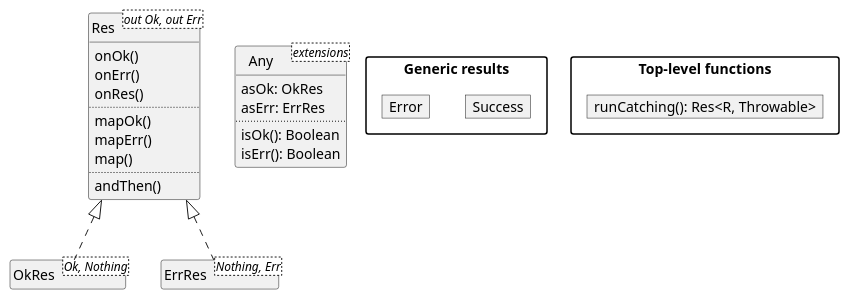
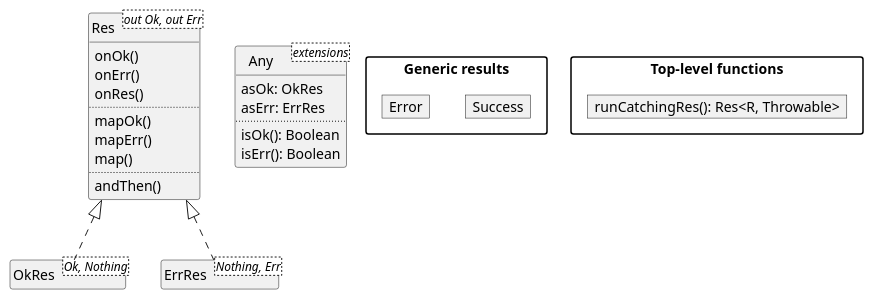
The diagram in documentation/architecture.v1.iuml (sergejsha/okres), drawn with PlantUML before and after one commit.

```diff
--- a/documentation/architecture.v1.iuml
+++ b/documentation/architecture.v1.iuml
@@ -1,41 +1,41 @@
 @startuml
 skinparam packageStyle rectangle
 hide empty members
 hide stereotype
 hide circle
 
 class "Res<out Ok, out Err>" as Res {
     onOk()
     onErr()
     onRes()
     ..
     mapOk()
     mapErr()
     map()
     ..
     andThen()
 }
 class "OkRes<Ok, Nothing>" as OkRes
 class "ErrRes<Nothing, Err>" as ErrRes
 
 Res <|.. OkRes
 Res <|.. ErrRes
 
 class "Any<extensions>" as Any {
     asOk: OkRes
     asErr: ErrRes
     ..
     isOk(): Boolean
     isErr(): Boolean
 }
 
 package "Generic results" {
     object Success
     object Error
 }
 
 package "Top-level functions" {
-    object "runCatching(): Res<R, Throwable>" as runCatching
+    object "runCatchingRes(): Res<R, Throwable>" as runCatching
 }
 
 @enduml
```
